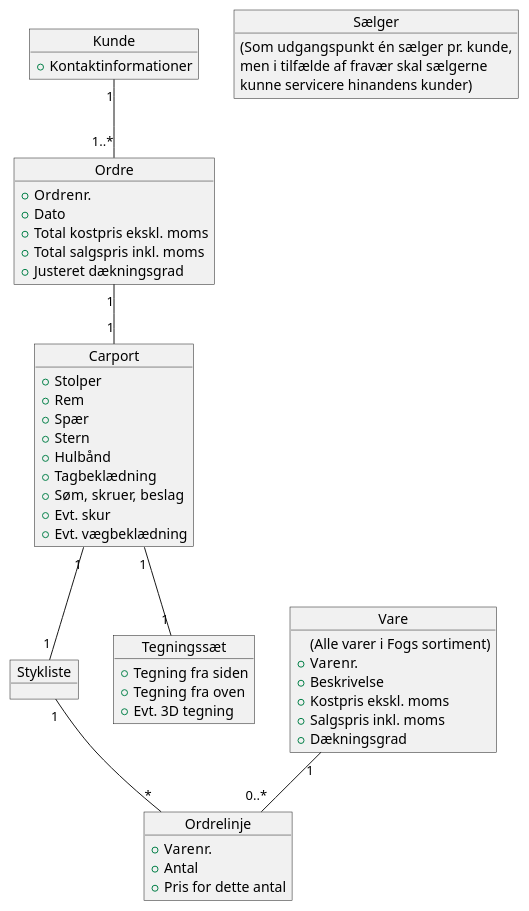
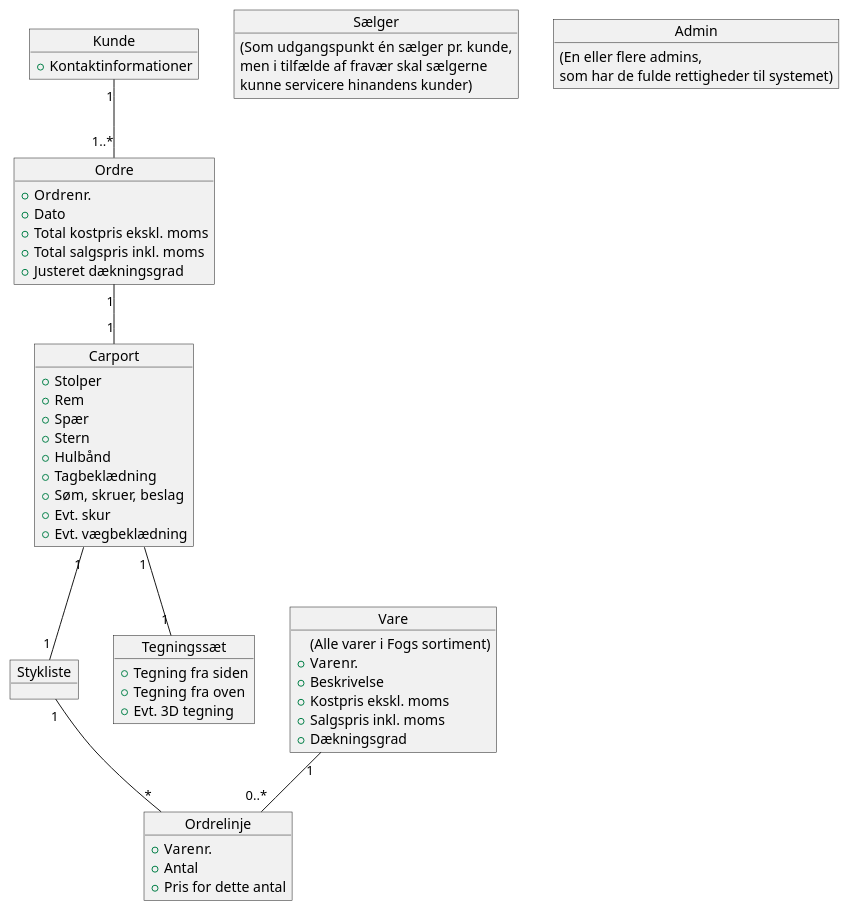
The diagram in src/design/DomainModel.puml (mrPrimeBeef/FogCarport), drawn with PlantUML before and after one commit.

Commit message:
Added Admin to DomainModel.puml

```diff
--- a/src/design/DomainModel.puml
+++ b/src/design/DomainModel.puml
@@ -1,55 +1,59 @@
 @startuml
 object Kunde {
 +Kontaktinformationer
 }
 object Sælger {
 (Som udgangspunkt én sælger pr. kunde,
 men i tilfælde af fravær skal sælgerne
 kunne servicere hinandens kunder)
+}
+object Admin {
+(En eller flere admins,
+som har de fulde rettigheder til systemet)
 }
 object Carport {
 +Stolper
 +Rem
 +Spær
 +Stern
 +Hulbånd
 +Tagbeklædning
 +Søm, skruer, beslag
 +Evt. skur
 +Evt. vægbeklædning
 }
 object Stykliste
 object Tegningssæt {
 +Tegning fra siden
 +Tegning fra oven
 +Evt. 3D tegning
 }
 object Ordre {
 +Ordrenr.
 +Dato
 +Total kostpris ekskl. moms
 +Total salgspris inkl. moms
 +Justeret dækningsgrad
 }
 object Ordrelinje {
 +Varenr.
 +Antal
 +Pris for dette antal
 }
 object Vare{
 (Alle varer i Fogs sortiment)
 +Varenr.
 +Beskrivelse
 +Kostpris ekskl. moms
 +Salgspris inkl. moms
 +Dækningsgrad
 }
 
 Kunde "1" -- "1..*" Ordre
 Ordre "1" -- "1" Carport
 Carport "1" -- "1" Tegningssæt
 Carport "1" -- "1" Stykliste
 Stykliste "1" -- "*" Ordrelinje
 Vare "1" -- "0..*" Ordrelinje
 
 @enduml
```
